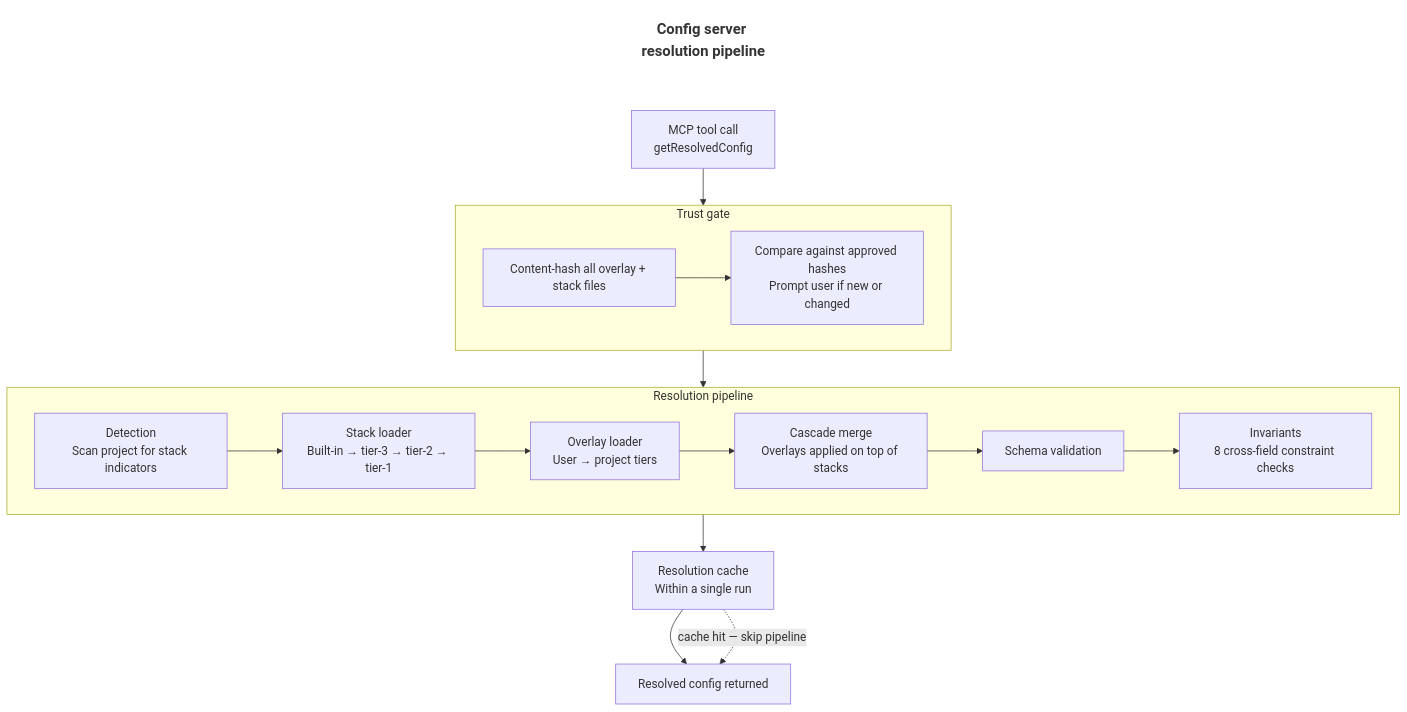
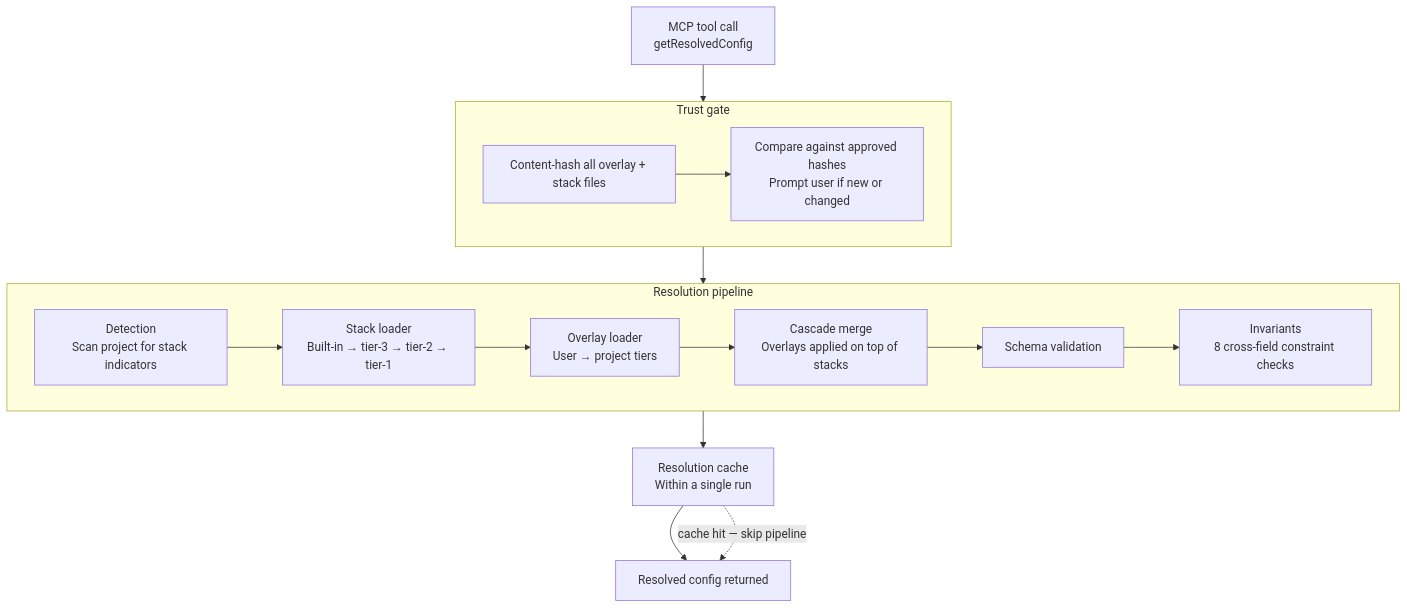
Before and after one commit to Thomas-AppForceOne/ClaudeAgents: the third of 5 diagrams in documentation/subsystem-architecture.md, drawn with Mermaid. The commit also changed other lines of this file, not shown here.

First line of the commit message:
docs: move titles to markdown headings, remove in-diagram title nodes

````diff
--- a/documentation/subsystem-architecture.md
+++ b/documentation/subsystem-architecture.md
@@ -132,30 +116,26 @@
 ```mermaid
 flowchart TD
-    TITLE["Config server resolution pipeline"]:::diagramTitle
-    classDef diagramTitle font-size:20px,font-weight:bold,fill:none,stroke:none
-
     IN["MCP tool call\ngetResolvedConfig"]
 
     subgraph TG["Trust gate"]
         HC["Content-hash all overlay + stack files"]
         TP["Compare against approved hashes\nPrompt user if new or changed"]
         HC --> TP
     end
 
     subgraph RP["Resolution pipeline"]
         DT["Detection\nScan project for stack indicators"]
         SL["Stack loader\nBuilt-in → tier-3 → tier-2 → tier-1"]
         OL["Overlay loader\nUser → project tiers"]
         CM["Cascade merge\nOverlays applied on top of stacks"]
         SV["Schema validation"]
         IV["Invariants\n8 cross-field constraint checks"]
         DT --> SL --> OL --> CM --> SV --> IV
     end
 
     CA["Resolution cache\nWithin a single run"]
     OUT["Resolved config returned"]
 
-    TITLE ~~~ IN
     IN --> TG --> RP --> CA --> OUT
     CA -.->|"cache hit — skip pipeline"| OUT
 ```
````
